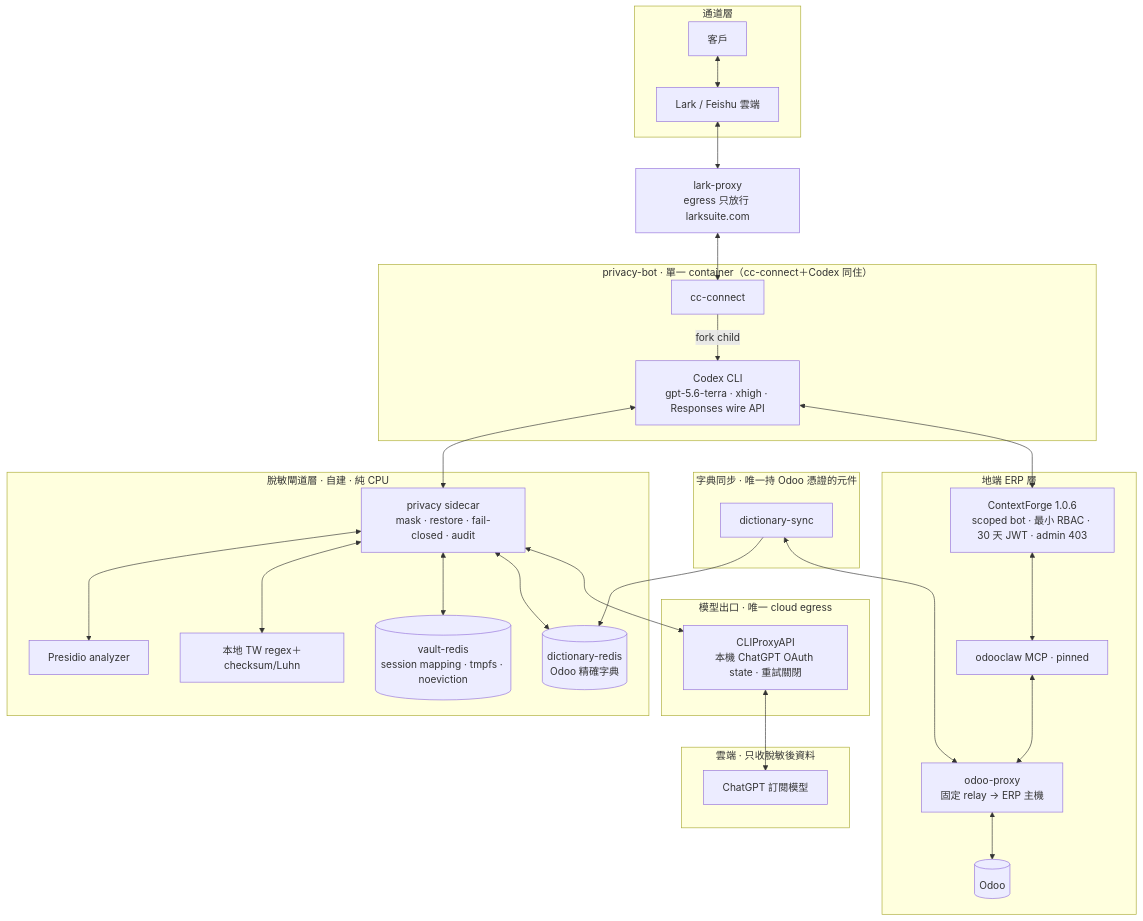
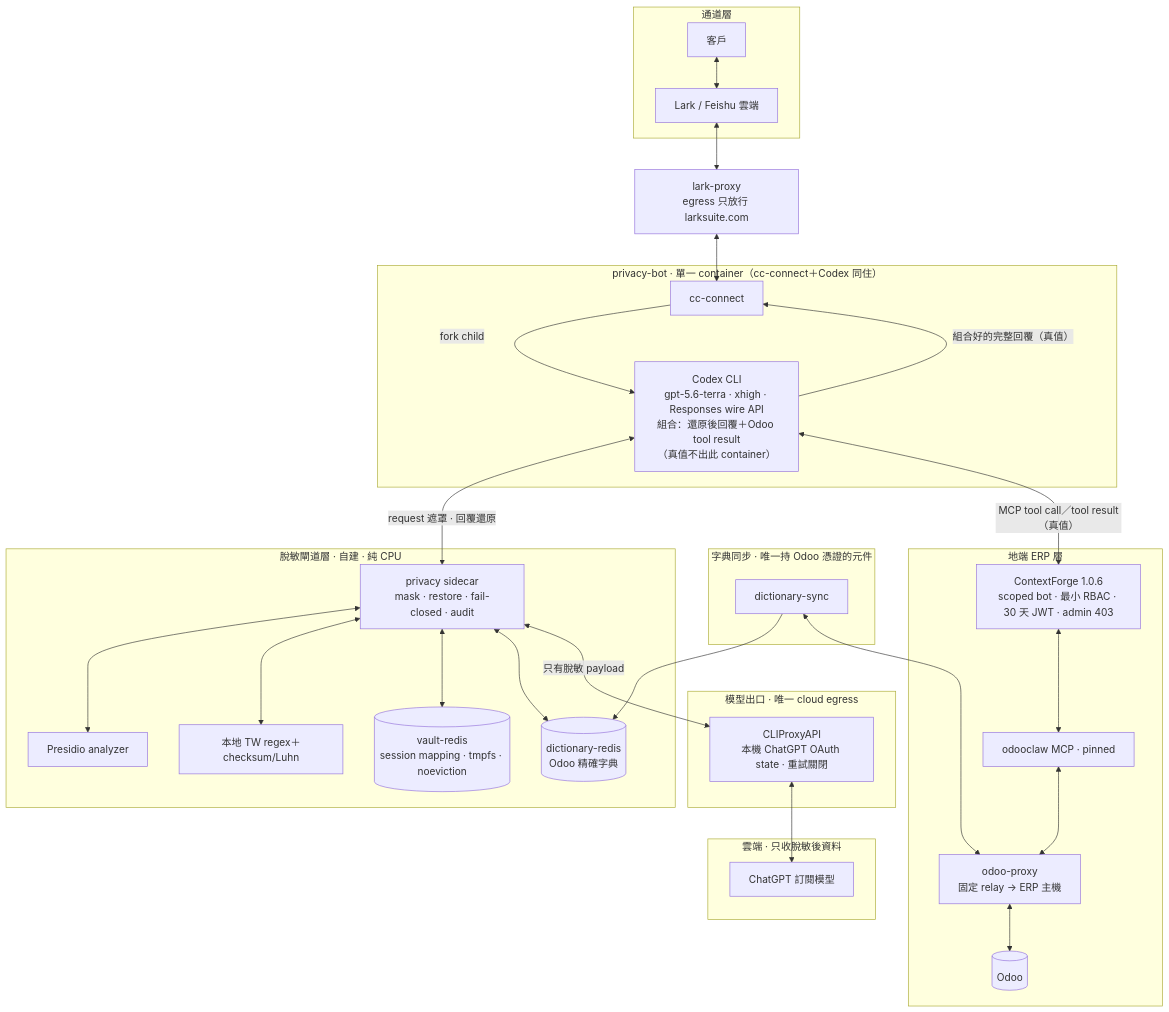
Before and after one commit to thx0701/osslab-agent: the fourth of 4 diagrams in docs/field-notes/06-privacy-masking-gateway.md, drawn with Mermaid. The commit also changed 2 other files, not shown here.

Commit message:
docs(field-notes): 06 component 圖標出完整資訊組合點——Codex 組合後回傳 cc-connect，真值不出 privacy-bot

````diff
--- a/docs/field-notes/06-privacy-masking-gateway.md
+++ b/docs/field-notes/06-privacy-masking-gateway.md
@@ -227,57 +227,58 @@
 ```mermaid
 flowchart TB
     subgraph CH["通道層"]
         U[客戶] <--> LK["Lark / Feishu 雲端"]
     end
 
     LP["lark-proxy<br>egress 只放行 larksuite.com"]
 
     subgraph BOT["privacy-bot · 單一 container（cc-connect＋Codex 同住）"]
         CC["cc-connect"]
-        CX["Codex CLI<br>gpt-5.6-terra · xhigh · Responses wire API"]
+        CX["Codex CLI<br>gpt-5.6-terra · xhigh · Responses wire API<br>組合：還原後回覆＋Odoo tool result<br>（真值不出此 container）"]
         CC -->|fork child| CX
+        CX -->|組合好的完整回覆（真值）| CC
     end
 
     subgraph GW["脫敏閘道層 · 自建 · 純 CPU"]
         P["privacy sidecar<br>mask · restore · fail-closed · audit"]
         PS["Presidio analyzer"]
         TW["本地 TW regex＋checksum/Luhn"]
         VR[("vault-redis<br>session mapping · tmpfs · noeviction")]
         DR[("dictionary-redis<br>Odoo 精確字典")]
         P <--> PS
         P <--> TW
         P <--> VR
         P <--> DR
     end
 
     subgraph SYNC["字典同步 · 唯一持 Odoo 憑證的元件"]
         DS["dictionary-sync"]
     end
 
     subgraph OUT["模型出口 · 唯一 cloud egress"]
         CP["CLIProxyAPI<br>本機 ChatGPT OAuth state · 重試關閉"]
     end
 
     subgraph CLD["雲端 · 只收脫敏後資料"]
         AI["ChatGPT 訂閱模型"]
     end
 
     subgraph ERP["地端 ERP 層"]
         CF["ContextForge 1.0.6<br>scoped bot · 最小 RBAC · 30 天 JWT · admin 403"]
         OC["odooclaw MCP · pinned"]
         OP["odoo-proxy<br>固定 relay → ERP 主機"]
         O[("Odoo")]
         CF <--> OC
         OC <--> OP
         OP <--> O
     end
 
     LK <--> LP
     LP <--> CC
-    CX <--> P
-    P <--> CP
+    CX <-->|request 遮罩 · 回覆還原| P
+    P <-->|只有脫敏 payload| CP
     CP <--> AI
-    CX <--> CF
+    CX <-->|MCP tool call／tool result（真值）| CF
     DS --> DR
     DS <--> OP
 ```
````
